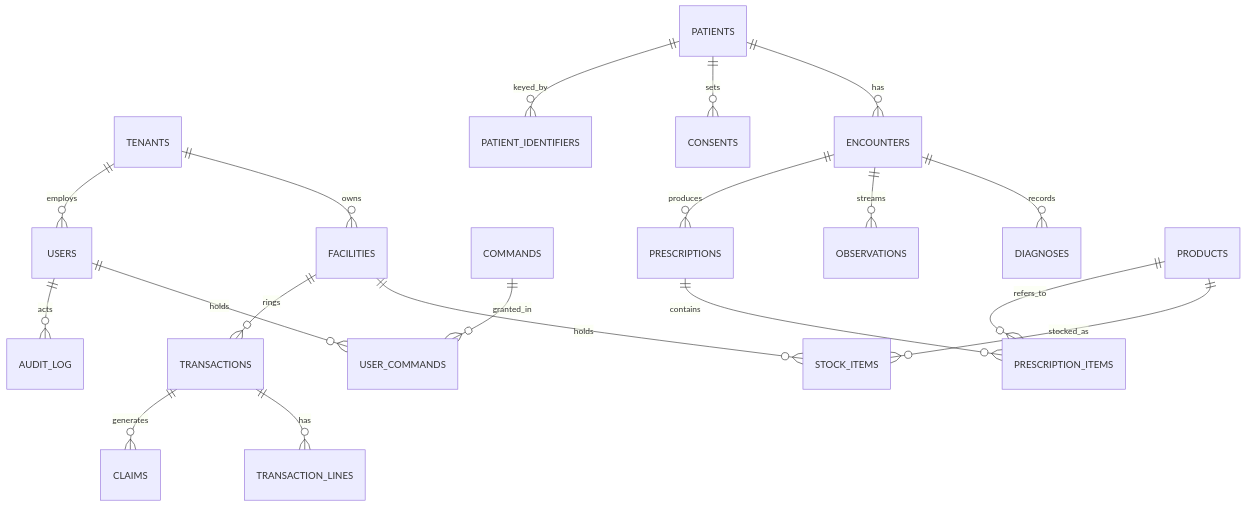
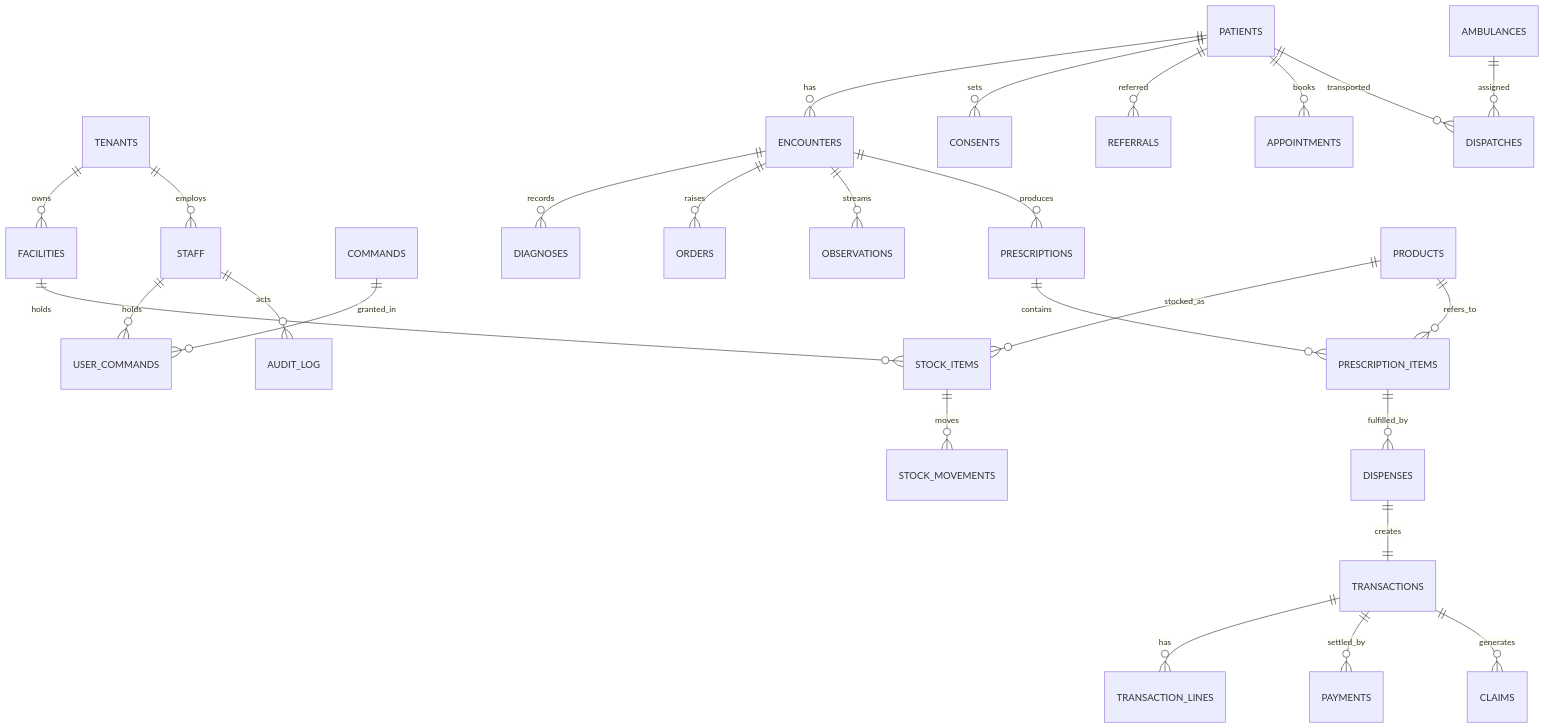
Before and after one commit to kingblessolivier/integrated-health-platform: the diagram in docs/48-database-schema.md, drawn with Mermaid. The commit also changed other lines of this file and 49 other files, not shown here.

First line of the commit message:
Complete schema (doc 48), add MVP roadmap, scaffold backend/frontend/mobile + CI

````diff
--- a/docs/48-database-schema.md
+++ b/docs/48-database-schema.md
@@ -18,21 +22,28 @@
 ```mermaid
 erDiagram
     TENANTS ||--o{ FACILITIES : owns
-    TENANTS ||--o{ USERS : employs
-    USERS ||--o{ USER_COMMANDS : holds
+    TENANTS ||--o{ STAFF : employs
+    STAFF ||--o{ USER_COMMANDS : holds
     COMMANDS ||--o{ USER_COMMANDS : granted_in
     PATIENTS ||--o{ ENCOUNTERS : has
     PATIENTS ||--o{ CONSENTS : sets
-    PATIENTS ||--o{ PATIENT_IDENTIFIERS : keyed_by
     ENCOUNTERS ||--o{ DIAGNOSES : records
+    ENCOUNTERS ||--o{ ORDERS : raises
     ENCOUNTERS ||--o{ OBSERVATIONS : streams
     ENCOUNTERS ||--o{ PRESCRIPTIONS : produces
     PRESCRIPTIONS ||--o{ PRESCRIPTION_ITEMS : contains
+    PRESCRIPTION_ITEMS ||--o{ DISPENSES : fulfilled_by
     PRODUCTS ||--o{ STOCK_ITEMS : stocked_as
     PRODUCTS ||--o{ PRESCRIPTION_ITEMS : refers_to
     FACILITIES ||--o{ STOCK_ITEMS : holds
-    FACILITIES ||--o{ TRANSACTIONS : rings
+    STOCK_ITEMS ||--o{ STOCK_MOVEMENTS : moves
+    DISPENSES ||--|| TRANSACTIONS : creates
     TRANSACTIONS ||--o{ TRANSACTION_LINES : has
+    TRANSACTIONS ||--o{ PAYMENTS : settled_by
     TRANSACTIONS ||--o{ CLAIMS : generates
-    USERS ||--o{ AUDIT_LOG : acts
+    PATIENTS ||--o{ REFERRALS : referred
+    PATIENTS ||--o{ APPOINTMENTS : books
+    AMBULANCES ||--o{ DISPATCHES : assigned
+    PATIENTS ||--o{ DISPATCHES : transported
+    STAFF ||--o{ AUDIT_LOG : acts
 ```
````
